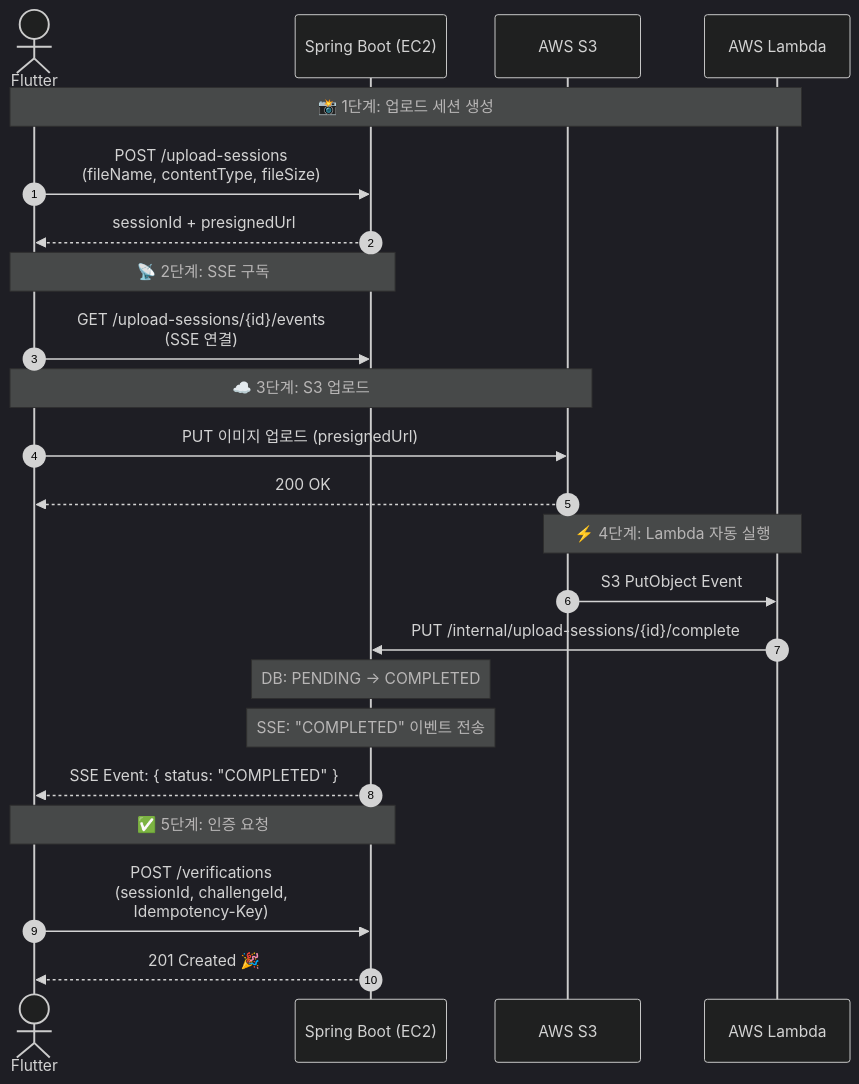
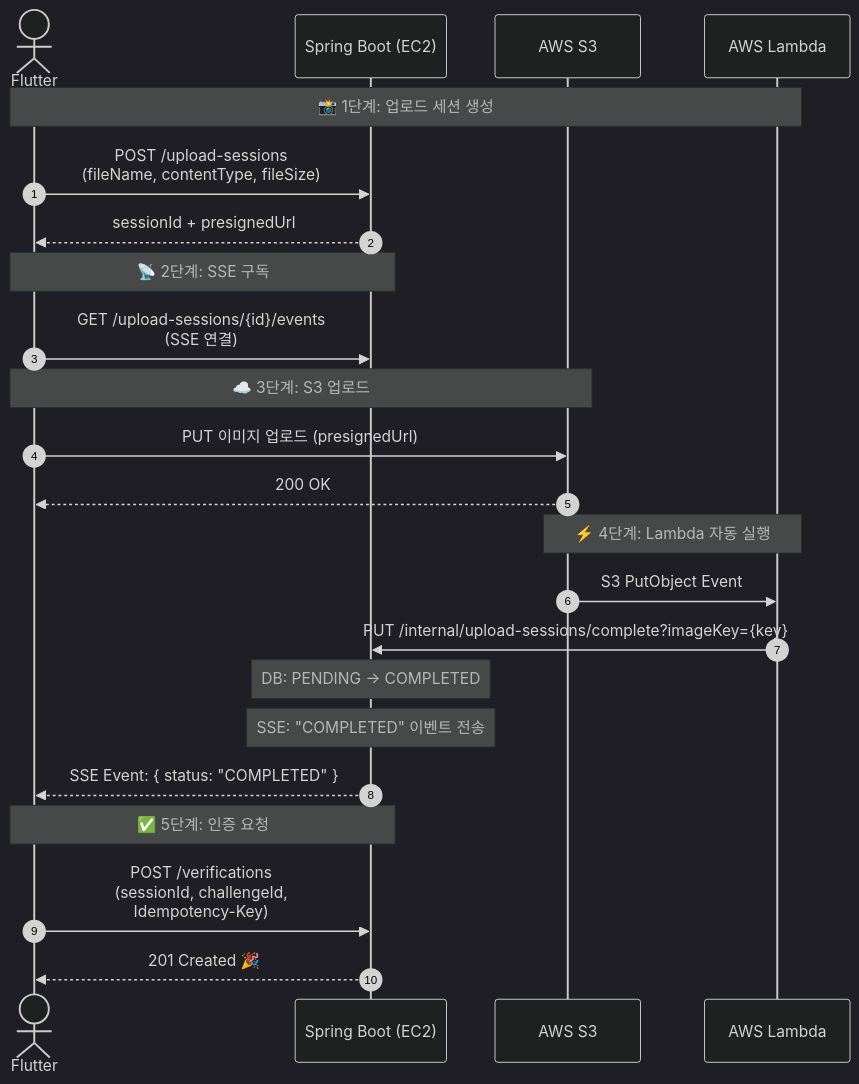
One commit to JianYang98/TriAgain changed the diagram in docs/spec/photo-upload-lambda-sse.md. Above: the diagram before and after it, drawn with Mermaid (dark theme). The commit also changed other lines of this file and 4 other files, not shown here.

Commit message:
docs: S3 Lambda + SSE 구현 로그 및 명세 업데이트 - 구현 로그: 전체 플로우, 설계 이슈, 변경 파일 정리 - api-spec.md 개요 5단계 플로우로 업데이트 - photo-upload-lambda-sse.md, sequence/verification.md 업데이트 - 첫 배포 가이드 추가

````diff
--- a/docs/spec/photo-upload-lambda-sse.md
+++ b/docs/spec/photo-upload-lambda-sse.md
@@ -23,37 +23,37 @@
 ```mermaid
 sequenceDiagram
     autonumber
     actor Client as Flutter
     participant Server as Spring Boot (EC2)
     participant S3 as AWS S3
     participant Lambda as AWS Lambda
     
     Note over Client,Lambda: 📸 1단계: 업로드 세션 생성
     
     Client->>Server: POST /upload-sessions<br/>(fileName, contentType, fileSize)
     Server-->>Client: sessionId + presignedUrl
     
     Note over Client,Server: 📡 2단계: SSE 구독
     
     Client->>Server: GET /upload-sessions/{id}/events<br/>(SSE 연결)
     
     Note over Client,S3: ☁️ 3단계: S3 업로드
     
     Client->>S3: PUT 이미지 업로드 (presignedUrl)
     S3-->>Client: 200 OK
     
     Note over S3,Lambda: ⚡ 4단계: Lambda 자동 실행
     
     S3->>Lambda: S3 PutObject Event
-    Lambda->>Server: PUT /internal/upload-sessions/{id}/complete
+    Lambda->>Server: PUT /internal/upload-sessions/complete?imageKey={key}
     
     Note over Server: DB: PENDING → COMPLETED
     Note over Server: SSE: "COMPLETED" 이벤트 전송
     
     Server-->>Client: SSE Event: { status: "COMPLETED" }
     
     Note over Client,Server: ✅ 5단계: 인증 요청
     
     Client->>Server: POST /verifications<br/>(sessionId, challengeId,<br/>Idempotency-Key)
     Server-->>Client: 201 Created 🎉
 ```
````
